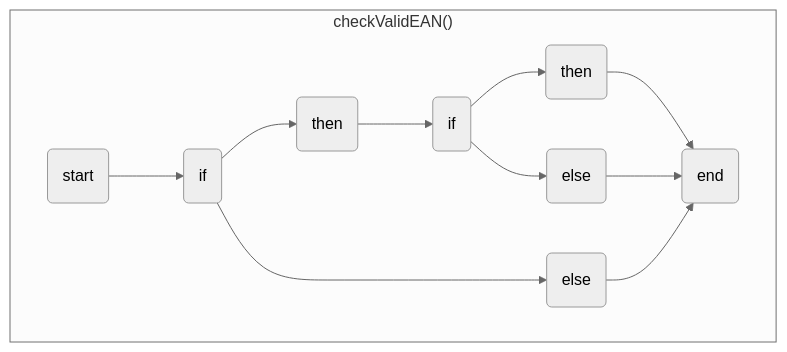
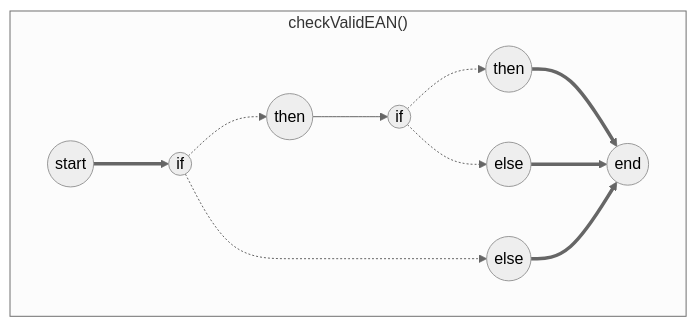
The seventh of 8 diagrams in Walkthrough.md (AlbelNox/EAN-Progamm), drawn with Mermaid (neutral theme) before and after one commit. The commit also changed other lines of this file, not shown here.

First line of the commit message:
amend Controll Flow Graphs

````diff
--- a/Walkthrough.md
+++ b/Walkthrough.md
@@ -196,14 +196,14 @@
 ```mermaid
 graph TD
 subgraph "checkValidEAN()"
-A(start) --> B(if)
-B --> C(then)
-B --> D(else)
-C --> E(if)
-E --> F(then)
-E --> G(else)
-G --> H(end)
-D --> H
-F --> H
+A((start)) ==> B((if))
+B -.-> C((then))
+B -.-> D((else))
+C --> E((if))
+E -.-> F((then))
+E -.-> G((else))
+G ==> H((end))
+D ==> H
+F ==> H
 end
 ```
````
